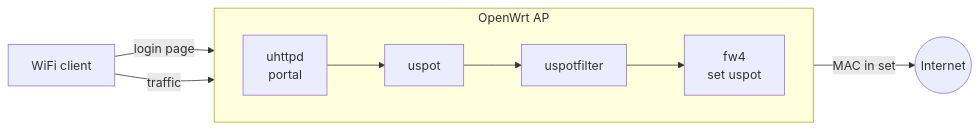
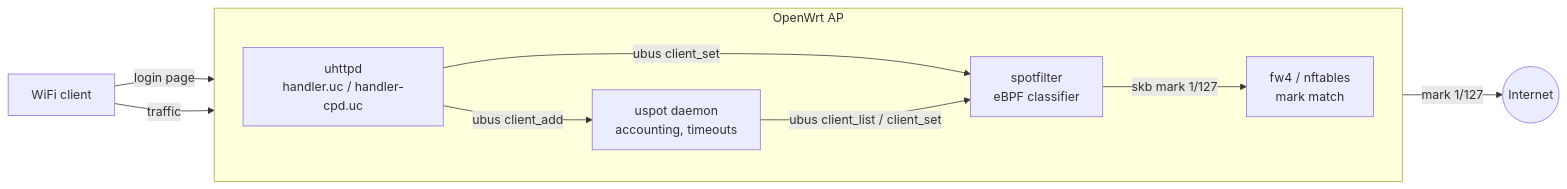
One commit to ducndc/ducndc.github.io changed the sixth of 13 diagrams in src/content/blog/captive-portal.md. Above: the diagram before and after it, drawn with Mermaid. The commit also changed other lines of this file, not shown here.

````diff
--- a/src/content/blog/captive-portal.md
+++ b/src/content/blog/captive-portal.md
@@ -338,13 +422,16 @@
 ```mermaid
 flowchart LR
     C["WiFi client"]
     subgraph AP["OpenWrt AP"]
         direction LR
-        UH["uhttpd<br/>portal"] --> US["uspot"] --> UF["uspotfilter"] --> FW["fw4<br/>set uspot"]
+        UH["uhttpd<br/>handler.uc / handler-cpd.uc"] -- "ubus client_set" --> SF["spotfilter<br/>eBPF classifier"]
+        UH -- "ubus client_add" --> US["uspot daemon<br/>accounting, timeouts"]
+        US -- "ubus client_list / client_set" --> SF
+        SF -- "skb mark 1/127" --> FW["fw4 / nftables<br/>mark match"]
     end
     I(("Internet"))
  
     C -- "login page" --> UH
     C -- "traffic" --> FW
-    FW -- "MAC in set" --> I
+    FW -- "mark 1/127" --> I
 ```
````
